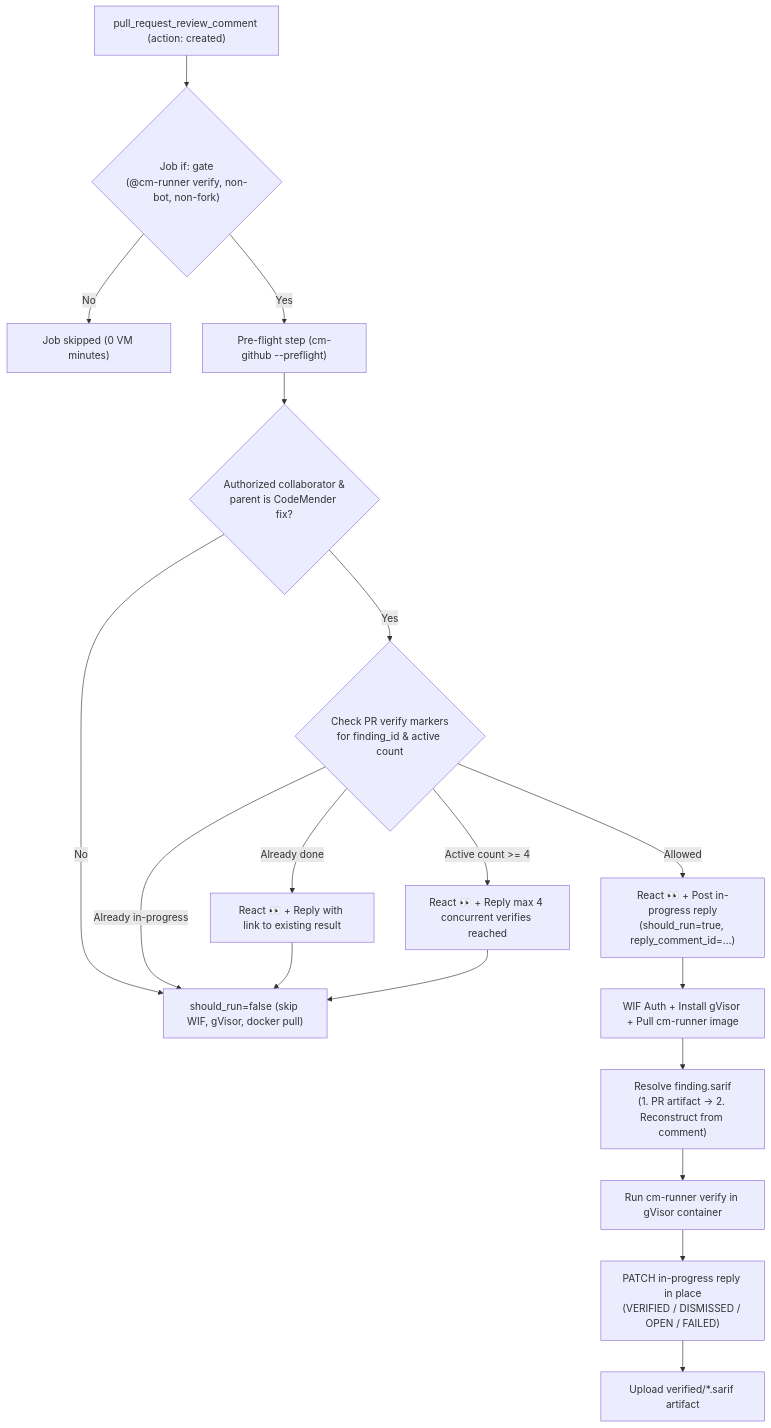
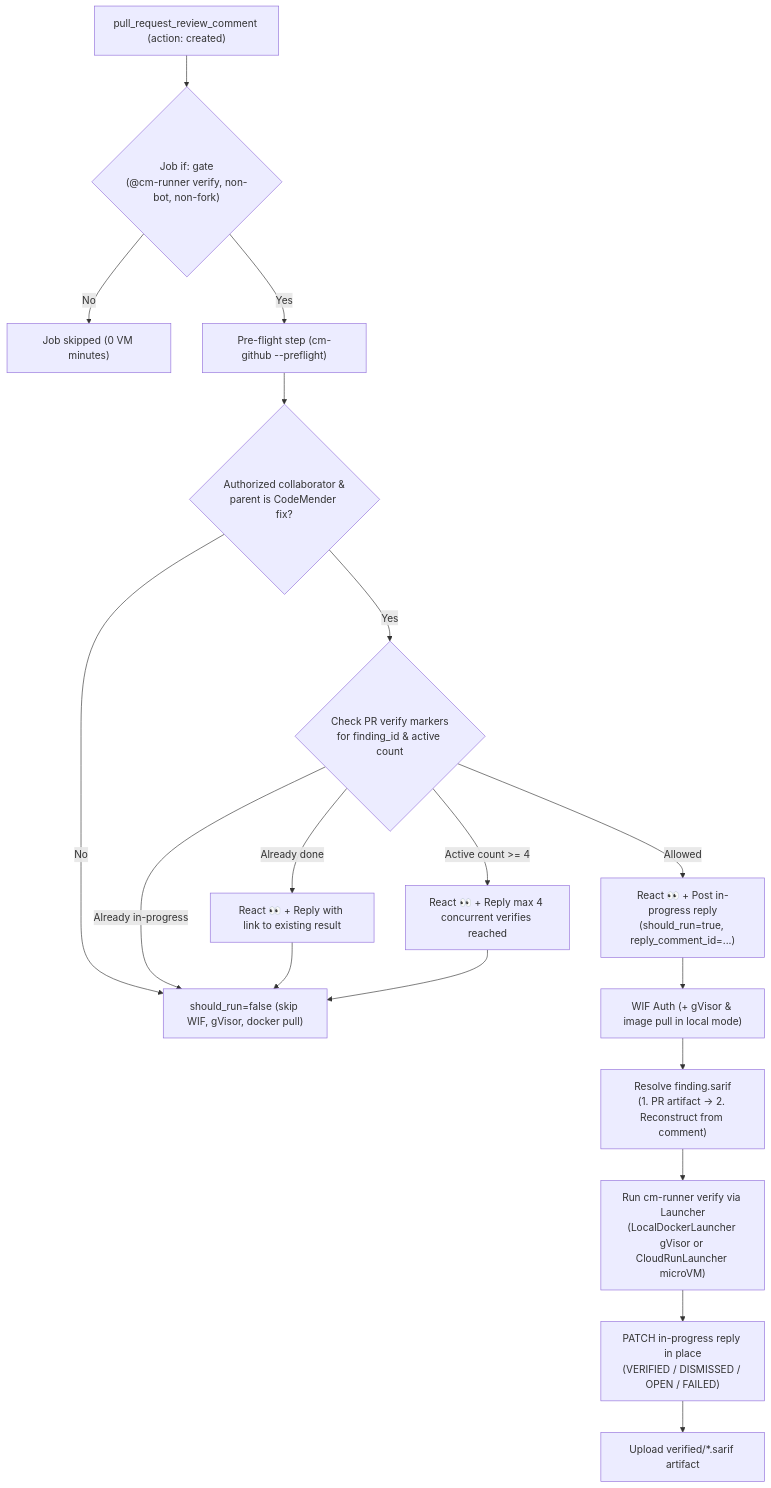
One commit to avnit/codemender-runner-mcp changed the diagram in docs/openspec/specs/github-actions-verify/design.md. Above: the diagram before and after it, drawn with Mermaid. The commit also changed other lines of this file and 12 other files, not shown here.

First line of the commit message:
feat(gha): enable on-demand PR verification (@cm-runner verify) for Cloud Run backend (#90)

````diff
--- a/docs/openspec/specs/github-actions-verify/design.md
+++ b/docs/openspec/specs/github-actions-verify/design.md
@@ -174,18 +195,18 @@
 ```mermaid
 flowchart TD
     A["pull_request_review_comment (action: created)"] --> B{"Job if: gate\n(@cm-runner verify, non-bot, non-fork)"}
     B -->|"No"| Z["Job skipped (0 VM minutes)"]
     B -->|"Yes"| C["Pre-flight step (cm-github --preflight)"]
     C --> D{"Authorized collaborator &\nparent is CodeMender fix?"}
     D -->|"No"| E["should_run=false (skip WIF, gVisor, docker pull)"]
     D -->|"Yes"| F{"Check PR verify markers\nfor finding_id & active count"}
     F -->|"Already in-progress"| E
     F -->|"Already done"| G["React 👀 + Reply with link to existing result"] --> E
     F -->|"Active count >= 4"| H["React 👀 + Reply max 4 concurrent verifies reached"] --> E
     F -->|"Allowed"| I["React 👀 + Post in-progress reply\n(should_run=true, reply_comment_id=...)"]
-    I --> J["WIF Auth + Install gVisor + Pull cm-runner image"]
+    I --> J["WIF Auth (+ gVisor & image pull in local mode)"]
     J --> K["Resolve finding.sarif\n(1. PR artifact -> 2. Reconstruct from comment)"]
-    K --> L["Run cm-runner verify in gVisor container"]
+    K --> L["Run cm-runner verify via Launcher\n(LocalDockerLauncher gVisor or CloudRunLauncher microVM)"]
     L --> M["PATCH in-progress reply in place\n(VERIFIED / DISMISSED / OPEN / FAILED)"]
     M --> N["Upload verified/*.sarif artifact"]
 ```
````
